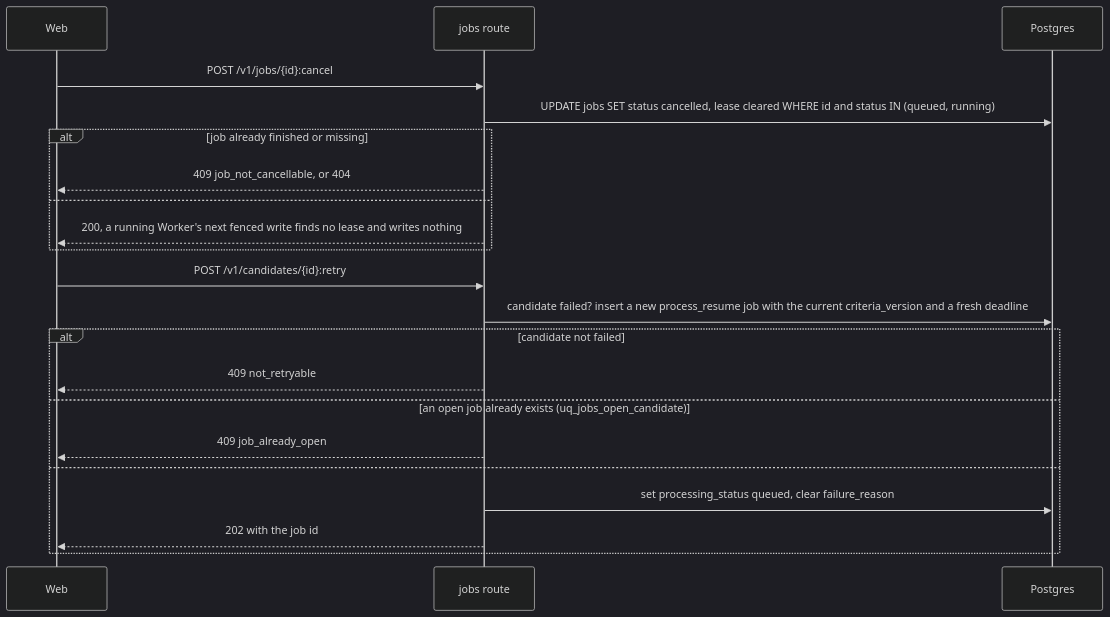
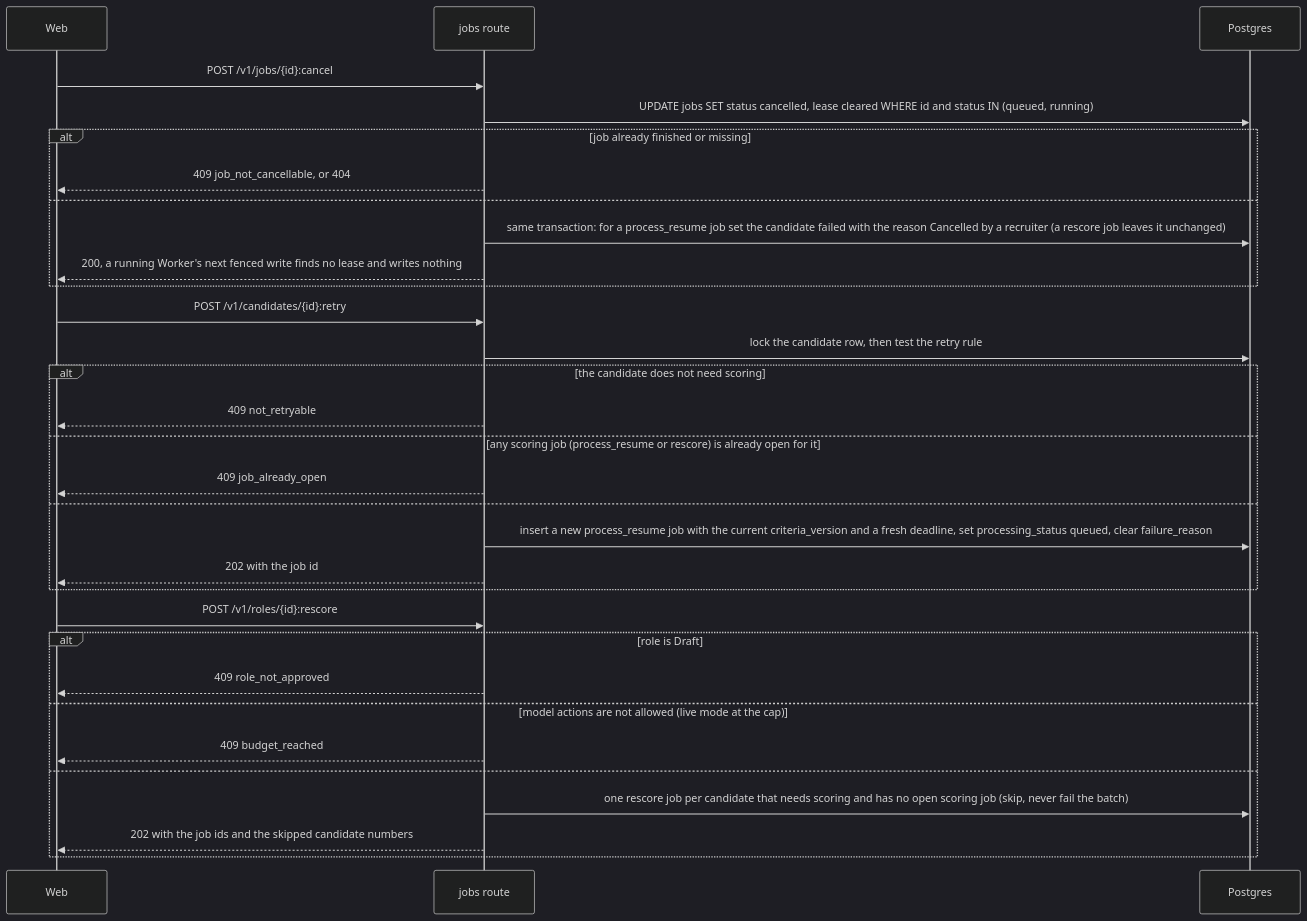
Before and after one commit to venkatmidhunmareedu/hirekit: the fifth of 5 diagrams in docs/design/api-lld.md, drawn with Mermaid (dark theme). The commit also changed other lines of this file, not shown here.

````diff
--- a/docs/design/api-lld.md
+++ b/docs/design/api-lld.md
@@ -207,23 +229,33 @@
 ```mermaid
 sequenceDiagram
     participant W as Web
     participant A as jobs route
     participant DB as Postgres
     W->>A: POST /v1/jobs/{id}:cancel
     A->>DB: UPDATE jobs SET status cancelled, lease cleared WHERE id and status IN (queued, running)
     alt job already finished or missing
         A-->>W: 409 job_not_cancellable, or 404
     else
+        A->>DB: same transaction: for a process_resume job set the candidate failed with the reason Cancelled by a recruiter (a rescore job leaves it unchanged)
         A-->>W: 200, a running Worker's next fenced write finds no lease and writes nothing
     end
     W->>A: POST /v1/candidates/{id}:retry
-    A->>DB: candidate failed? insert a new process_resume job with the current criteria_version and a fresh deadline
-    alt candidate not failed
+    A->>DB: lock the candidate row, then test the retry rule
+    alt the candidate does not need scoring
         A-->>W: 409 not_retryable
-    else an open job already exists (uq_jobs_open_candidate)
+    else any scoring job (process_resume or rescore) is already open for it
         A-->>W: 409 job_already_open
     else
-        A->>DB: set processing_status queued, clear failure_reason
+        A->>DB: insert a new process_resume job with the current criteria_version and a fresh deadline, set processing_status queued, clear failure_reason
         A-->>W: 202 with the job id
     end
+    W->>A: POST /v1/roles/{id}:rescore
+    alt role is Draft
+        A-->>W: 409 role_not_approved
+    else model actions are not allowed (live mode at the cap)
+        A-->>W: 409 budget_reached
+    else
+        A->>DB: one rescore job per candidate that needs scoring and has no open scoring job (skip, never fail the batch)
+        A-->>W: 202 with the job ids and the skipped candidate numbers
+    end
 ```
````
